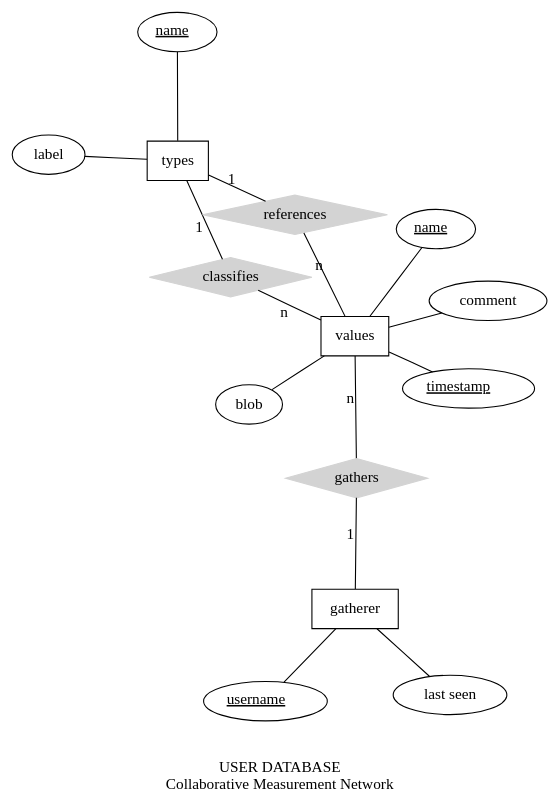
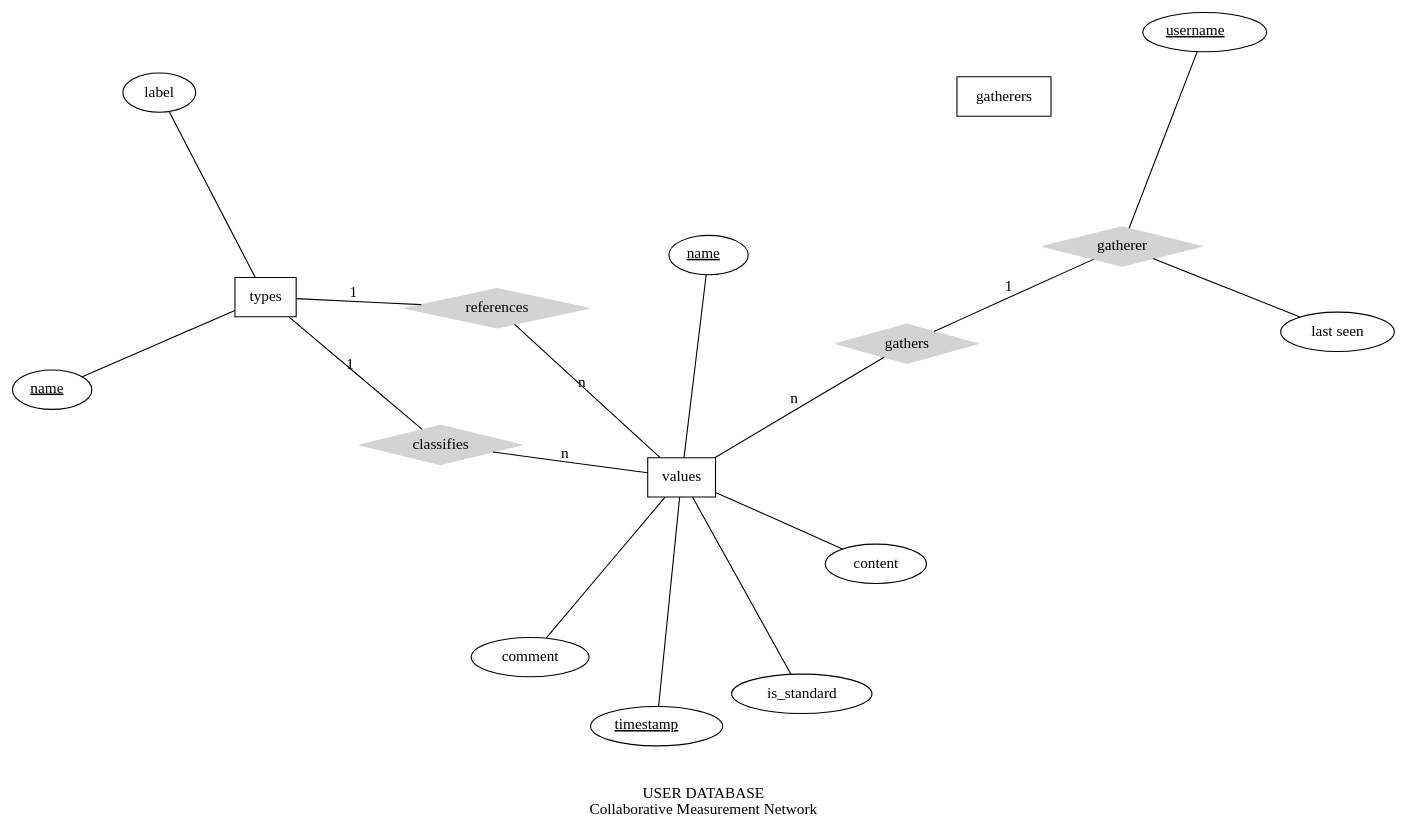
The diagram in doc/erm.dot (gruener-campus-malchow/colamator), drawn with Graphviz before and after one commit. The commit also changed 4 other files, not shown here.

```diff
--- a/doc/erm.dot
+++ b/doc/erm.dot
@@ -1,40 +1,41 @@
 graph ER {
 
   layout=neato;
    //overlap = scale;
    overlap = false;
 
-  node [shape=box]; types; values; gatherer;
+  node [shape=box]; types; values; gatherers;
 
-  node [shape=ellipse];  name0; name1; username; label; comment; blob; timestamp; status;
+  node [shape=ellipse];  name0; name1; username; label; comment; content; timestamp; status; is_standard;
 
   node [shape=diamond,style=filled,color=lightgrey] {"classifies";} 
 
   name0 -- types;
   label -- types;
   name0 [label=<<u>name</u>>];
 
   name1 -- values;
-  blob -- values;
+  content -- values;
+  is_standard -- values;
   timestamp -- values;
   comment -- values;
   name1 [label=<<u>name</u>>];
   timestamp [label=<<u>timestamp</u>>];
 
   username -- gatherer;
   status -- gatherer;
   username [label=<<u>username</u>>];
   status [label="last seen"];
 
   types -- "classifies" [label="1",len=1.00];
   values -- "classifies" [label="n",len=1.00];
 
   types -- "references" [label="1",len=1.00];
   values -- "references" [label="n",len=1.00];
 
   gatherer -- "gathers" [label="1",len=1.00];
   values -- "gathers" [label="n",len=1.00];
 
   label = "\n\nUSER DATABASE\nCollaborative Measurement Network";
   fontsize=14;
 }
```
